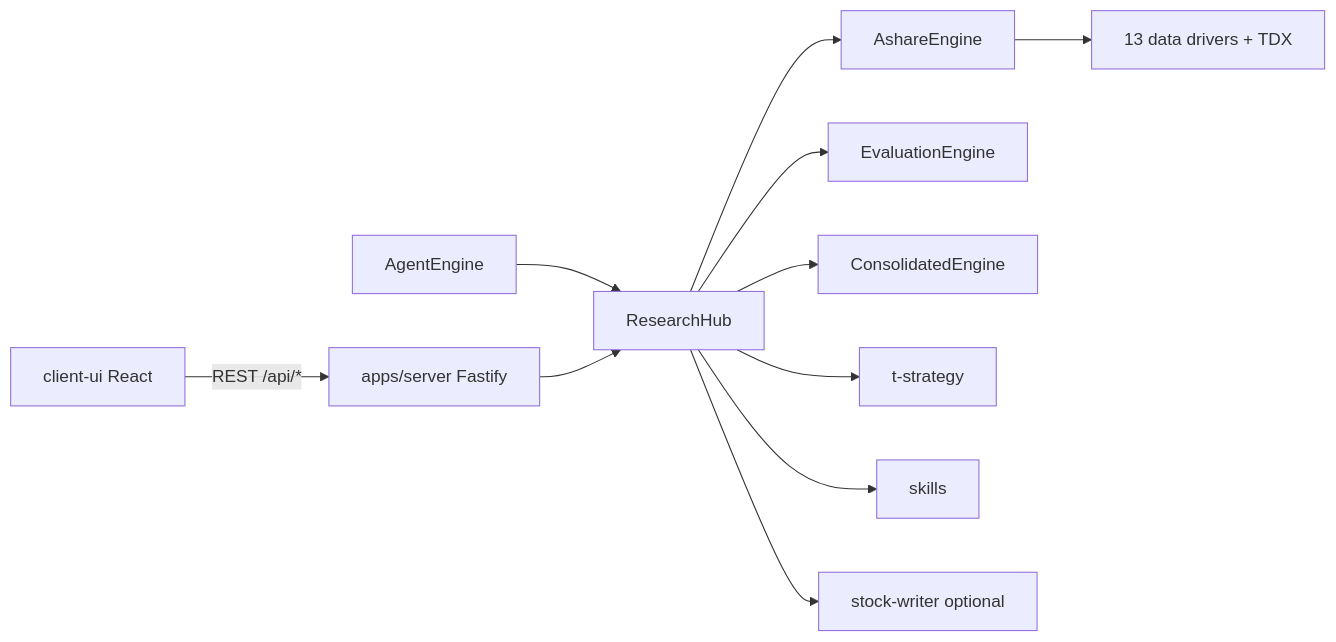
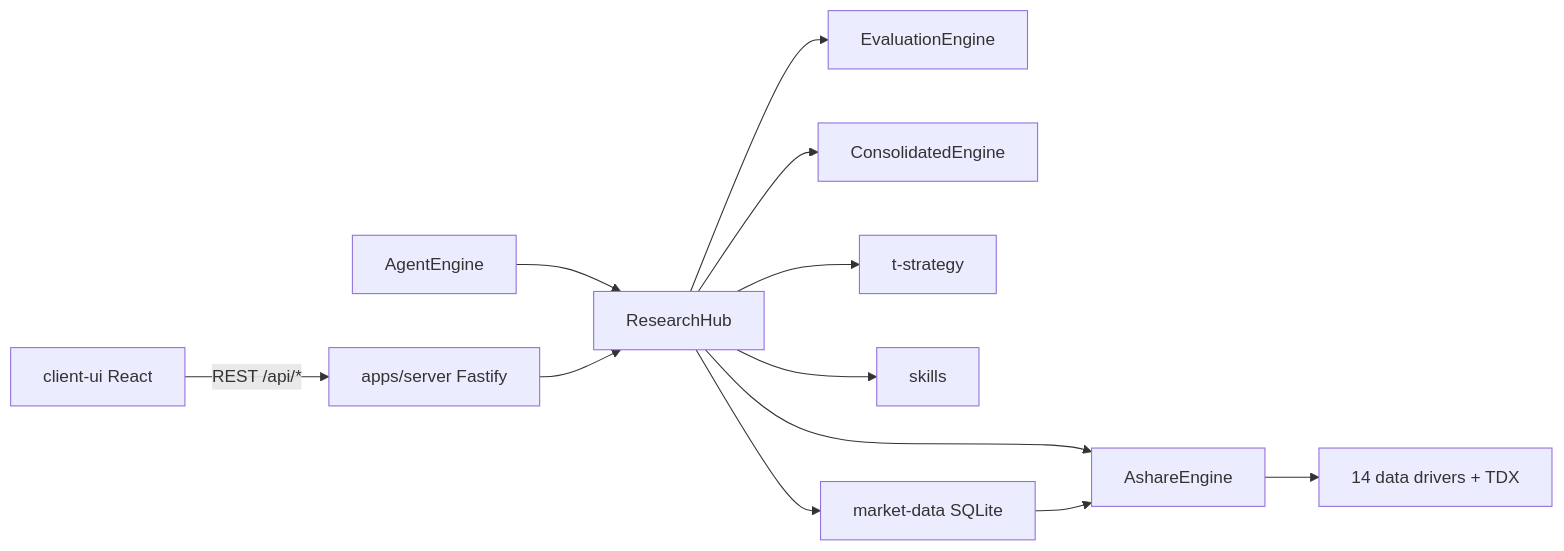
Before and after one commit to Travisun/Opptrix: the diagram in docs/ARCHITECTURE.md, drawn with Mermaid. The commit also changed other lines of this file and 6 other files, not shown here.

````diff
--- a/docs/ARCHITECTURE.md
+++ b/docs/ARCHITECTURE.md
@@ -11,13 +11,14 @@
 ```mermaid
 flowchart LR
   UI[client-ui React] -->|REST /api/*| Server[apps/server Fastify]
   Agent[AgentEngine] --> Hub[ResearchHub]
   Server --> Hub
   Hub --> DE[AshareEngine]
   Hub --> EE[EvaluationEngine]
   Hub --> Inst[ConsolidatedEngine]
   Hub --> Strat[t-strategy]
   Hub --> Skills[skills]
-  Hub --> Writer[stock-writer optional]
-  DE --> Drivers[13 data drivers + TDX]
+  Hub --> MD[market-data SQLite]
+  DE --> Drivers[14 data drivers + TDX]
+  MD --> DE
 ```
````
